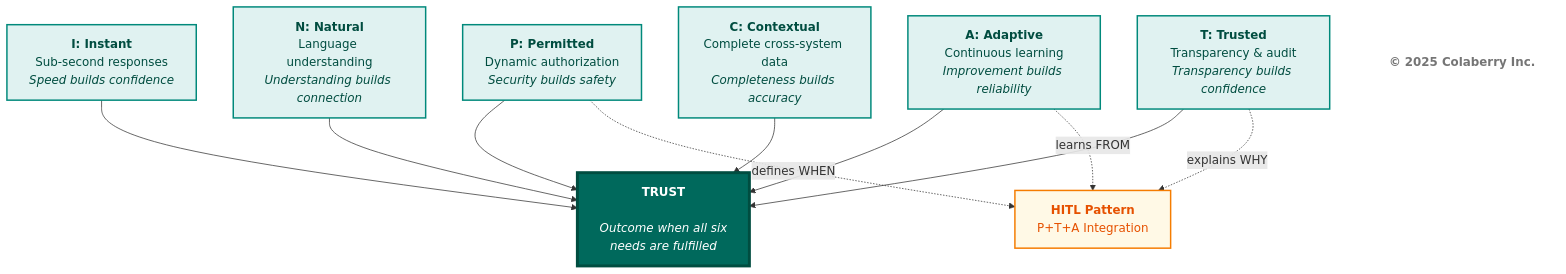
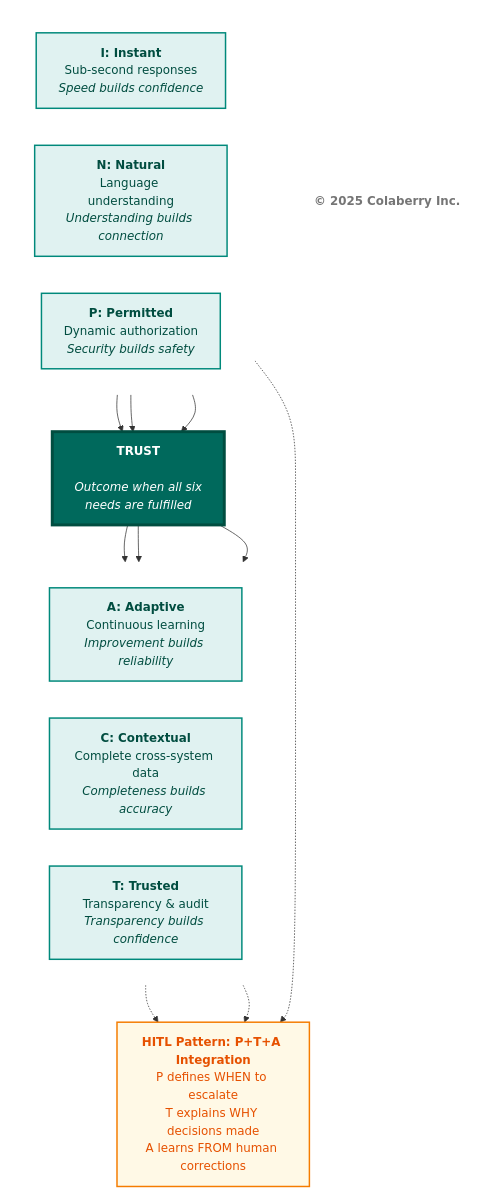
The second of 9 diagrams in chapter-00/chapter_00_complete.md (colaberry/enterprise-data-readiness-ai-agents), drawn with Mermaid before and after one commit. The commit also changed other lines of this file, not shown here.

````diff
--- a/chapter-00/chapter_00_complete.md
+++ b/chapter-00/chapter_00_complete.md
@@ -151,36 +151,45 @@
 ```mermaid
 graph TB
-    I["<b>I: Instant</b><br/>Sub-second responses<br/><i>Speed builds confidence</i>"]
-    N["<b>N: Natural</b><br/>Language understanding<br/><i>Understanding builds connection</i>"]
-    P["<b>P: Permitted</b><br/>Dynamic authorization<br/><i>Security builds safety</i>"]
-    A["<b>A: Adaptive</b><br/>Continuous learning<br/><i>Improvement builds reliability</i>"]
-    C["<b>C: Contextual</b><br/>Complete cross-system data<br/><i>Completeness builds accuracy</i>"]
-    T["<b>T: Trusted</b><br/>Transparency & audit<br/><i>Transparency builds confidence</i>"]
+    subgraph TOP[" "]
+        direction LR
+        I["<b>I: Instant</b><br/>Sub-second responses<br/><i>Speed builds confidence</i>"]
+        N["<b>N: Natural</b><br/>Language understanding<br/><i>Understanding builds connection</i>"]
+        P["<b>P: Permitted</b><br/>Dynamic authorization<br/><i>Security builds safety</i>"]
+    end
     
     CENTER["<b>TRUST</b><br/><br/><i>Outcome when all six<br/>needs are fulfilled</i>"]
+    
+    subgraph BOTTOM[" "]
+        direction LR
+        A["<b>A: Adaptive</b><br/>Continuous learning<br/><i>Improvement builds reliability</i>"]
+        C["<b>C: Contextual</b><br/>Complete cross-system data<br/><i>Completeness builds accuracy</i>"]
+        T["<b>T: Trusted</b><br/>Transparency & audit<br/><i>Transparency builds confidence</i>"]
+    end
     
     I --> CENTER
     N --> CENTER
     P --> CENTER
-    A --> CENTER
-    C --> CENTER
-    T --> CENTER
+    CENTER --> A
+    CENTER --> C
+    CENTER --> T
     
-    HITL["<b>HITL Pattern</b><br/>P+T+A Integration"]
+    HITL["<b>HITL Pattern: P+T+A Integration</b><br/>P defines WHEN to escalate<br/>T explains WHY decisions made<br/>A learns FROM human corrections"]
     
-    P -.->|defines WHEN| HITL
-    T -.->|explains WHY| HITL
-    A -.->|learns FROM| HITL
+    P -.-> HITL
+    T -.-> HITL
+    A -.-> HITL
     
+    style TOP fill:#ffffff,stroke:none
+    style BOTTOM fill:#ffffff,stroke:none
     style CENTER fill:#00695c,color:#ffffff,stroke:#004d40,stroke-width:4px
     style I fill:#e0f2f1,stroke:#00897b,stroke-width:2px,color:#004d40
     style N fill:#e0f2f1,stroke:#00897b,stroke-width:2px,color:#004d40
     style P fill:#e0f2f1,stroke:#00897b,stroke-width:2px,color:#004d40
     style A fill:#e0f2f1,stroke:#00897b,stroke-width:2px,color:#004d40
     style C fill:#e0f2f1,stroke:#00897b,stroke-width:2px,color:#004d40
     style T fill:#e0f2f1,stroke:#00897b,stroke-width:2px,color:#004d40
     style HITL fill:#fff9e6,stroke:#f57c00,stroke-width:2px,color:#e65100
     
     Copyright["<b>© 2025 Colaberry Inc.</b>"]
     style Copyright fill:#ffffff,stroke:none,color:#757575
 ```
````
